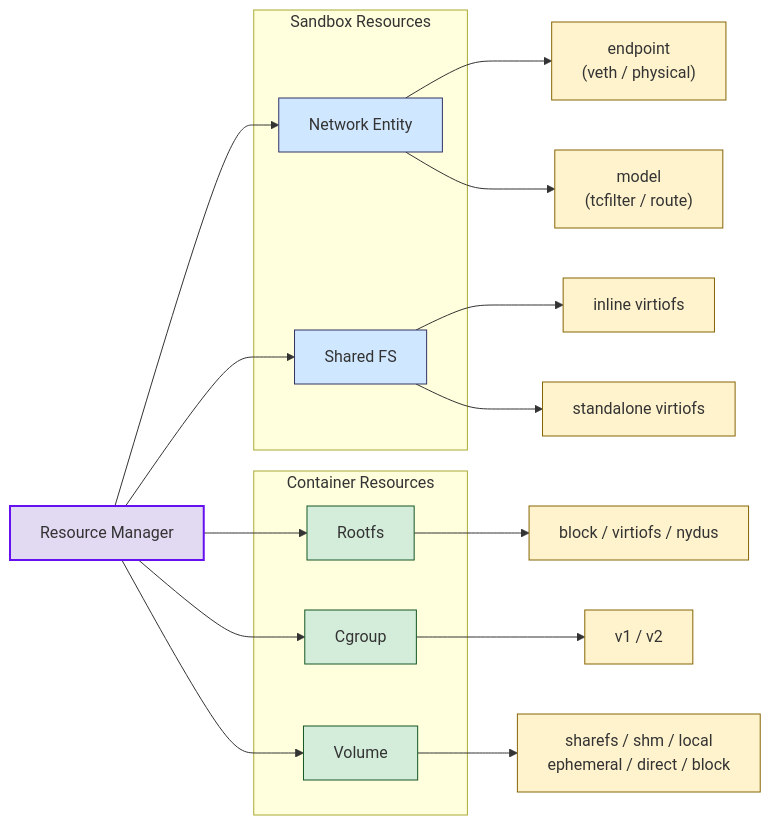
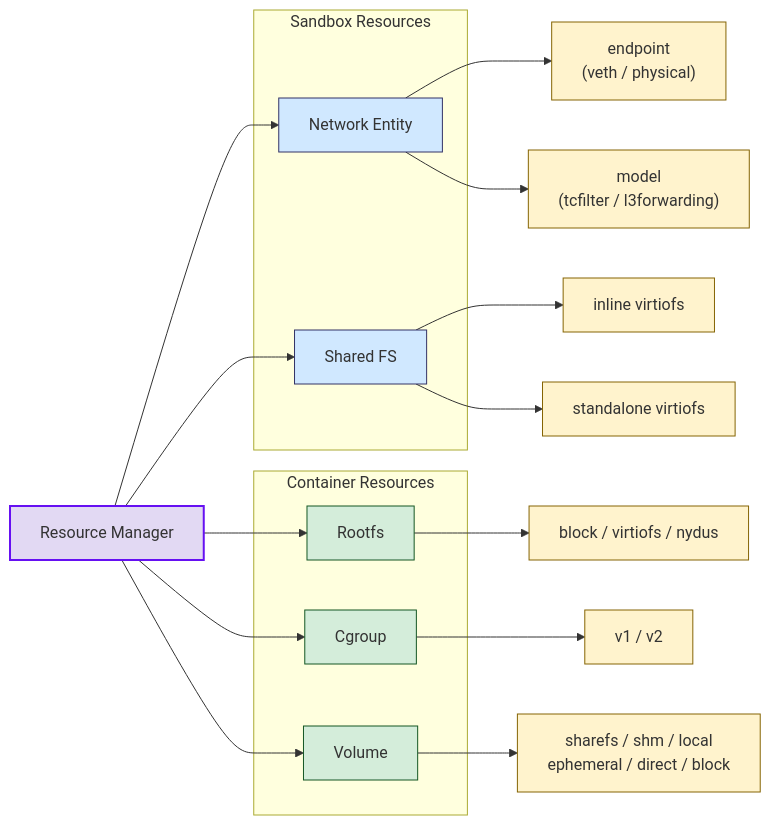
The sixth of 6 diagrams in docs/design/architecture_4.0/architecture.md (kata-containers/kata-containers), drawn with Mermaid before and after one commit. The commit also changed 37 other files, not shown here.

First line of the commit message:
runtime-rs: add l3 forwarding model

````diff
--- a/docs/design/architecture_4.0/architecture.md
+++ b/docs/design/architecture_4.0/architecture.md
@@ -308,39 +308,39 @@
 ```mermaid
 graph LR
     RM["Resource Manager"]
 
     subgraph SandboxRes["Sandbox Resources"]
         Network["Network Entity"]
         SharedFs["Shared FS"]
     end
 
     subgraph ContainerRes["Container Resources"]
         Rootfs["Rootfs"]
         Cgroup["Cgroup"]
         Volume["Volume"]
     end
 
     RM --> Network
     RM --> SharedFs
     RM --> Rootfs
     RM --> Cgroup
     RM --> Volume
 
     Network --> Endpoint["endpoint\n(veth / physical)"]
-    Network --> NetModel["model\n(tcfilter / route)"]
+    Network --> NetModel["model\n(tcfilter / l3forwarding)"]
     SharedFs --> InlineVirtioFs["inline virtiofs"]
     SharedFs --> StandaloneVirtioFs["standalone virtiofs"]
 
     Rootfs --> RootfsTypes["block / virtiofs / nydus"]
     Cgroup --> CgroupVers["v1 / v2"]
     Volume --> VolumeTypes["sharefs / shm / local\nephemeral / direct / block"]
 
     classDef rm fill:#e2d9f3,stroke:#6610f2,stroke-width:2px
     classDef sandbox fill:#d0e8ff,stroke:#336,stroke-width:1px
     classDef container fill:#d4edda,stroke:#155724,stroke-width:1px
     classDef impl fill:#fff3cd,stroke:#856404,stroke-width:1px
     class RM rm
     class Network,SharedFs sandbox
     class Rootfs,Cgroup,Volume container
     class Endpoint,NetModel,InlineVirtioFs,StandaloneVirtioFs,RootfsTypes,CgroupVers,VolumeTypes impl
 ```
````
